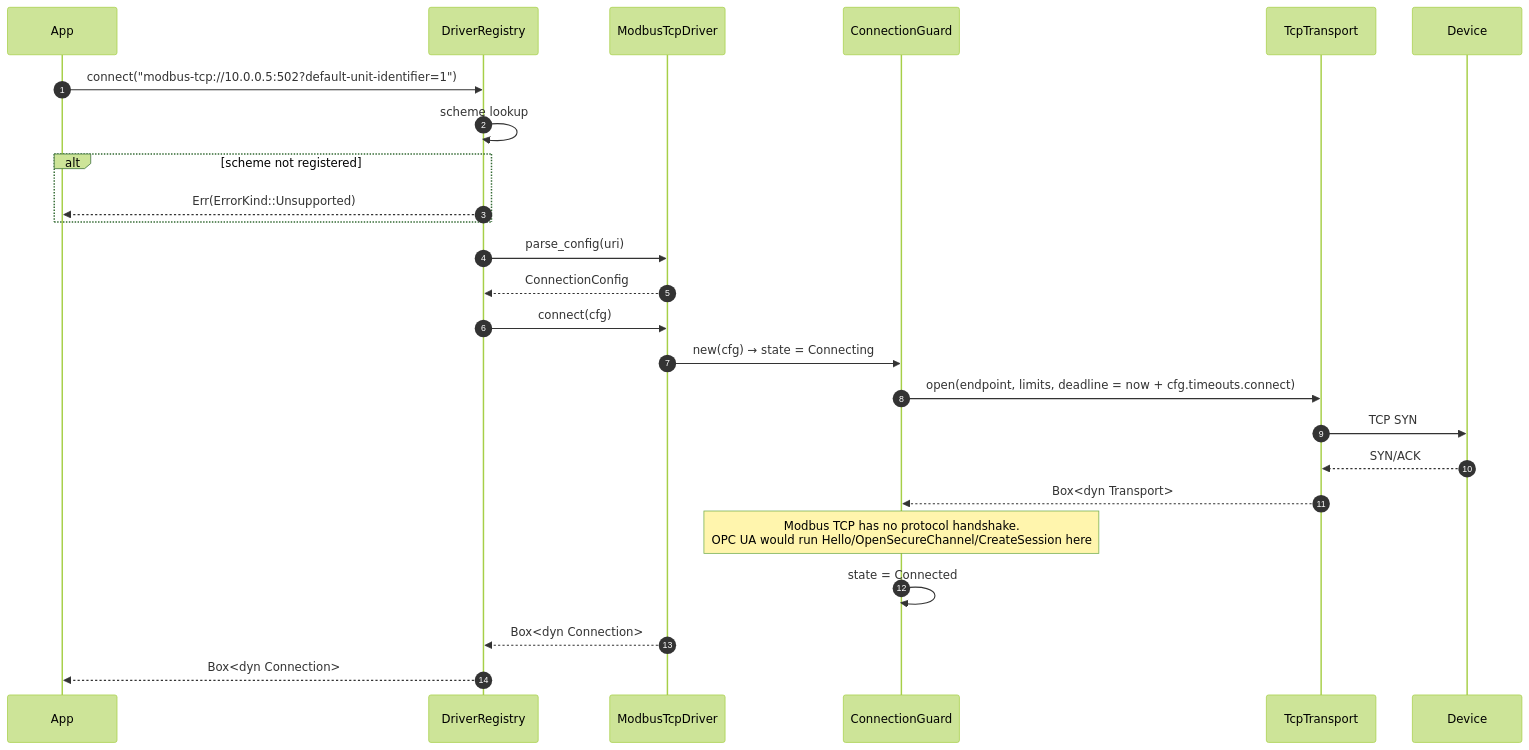
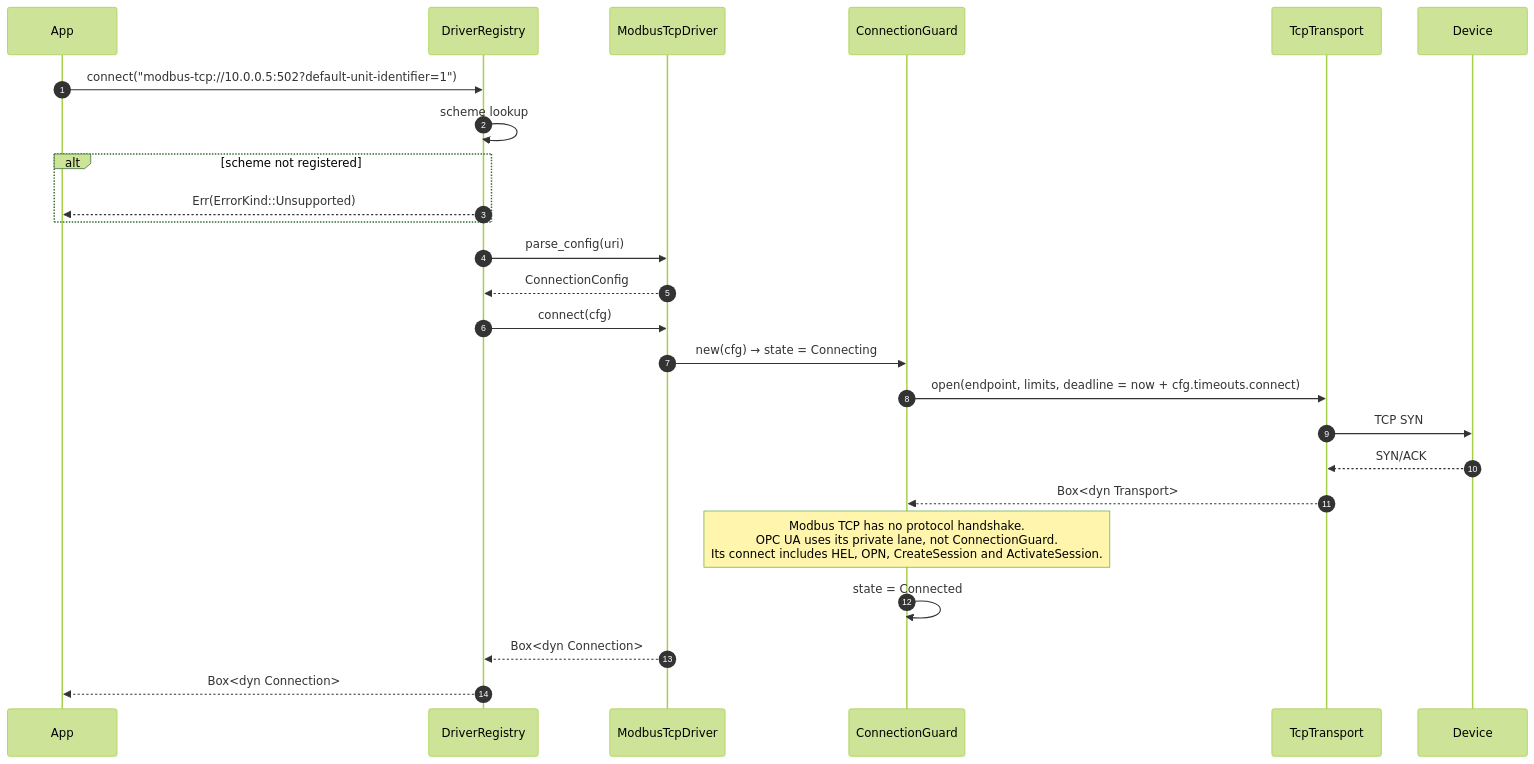
One commit to TheMadBotterINC/stonecrab changed diagram 15 of 21 in docs/ARCHITECTURE.md. Above: the diagram before and after it, drawn with Mermaid (forest theme). The commit also changed other lines of this file and 6 other files, not shown here.

````diff
--- a/docs/ARCHITECTURE.md
+++ b/docs/ARCHITECTURE.md
@@ -2159,28 +2217,28 @@
 ```mermaid
 sequenceDiagram
     autonumber
     participant App
     participant Reg as DriverRegistry
     participant Drv as ModbusTcpDriver
     participant Guard as ConnectionGuard
     participant T as TcpTransport
     participant Dev as Device
 
     App->>Reg: connect("modbus-tcp://10.0.0.5:502?default-unit-identifier=1")
     Reg->>Reg: scheme lookup
     alt scheme not registered
         Reg-->>App: Err(ErrorKind::Unsupported)
     end
     Reg->>Drv: parse_config(uri)
     Drv-->>Reg: ConnectionConfig
     Reg->>Drv: connect(cfg)
     Drv->>Guard: new(cfg) → state = Connecting
     Guard->>T: open(endpoint, limits, deadline = now + cfg.timeouts.connect)
     T->>Dev: TCP SYN
     Dev-->>T: SYN/ACK
     T-->>Guard: Box<dyn Transport>
-    Note over Guard: Modbus TCP has no protocol handshake.<br/>OPC UA would run Hello/OpenSecureChannel/CreateSession here
+    Note over Guard: Modbus TCP has no protocol handshake.<br/>OPC UA uses its private lane, not ConnectionGuard.<br/>Its connect includes HEL, OPN, CreateSession and ActivateSession.
     Guard->>Guard: state = Connected
     Drv-->>Reg: Box<dyn Connection>
     Reg-->>App: Box<dyn Connection>
 ```
````
